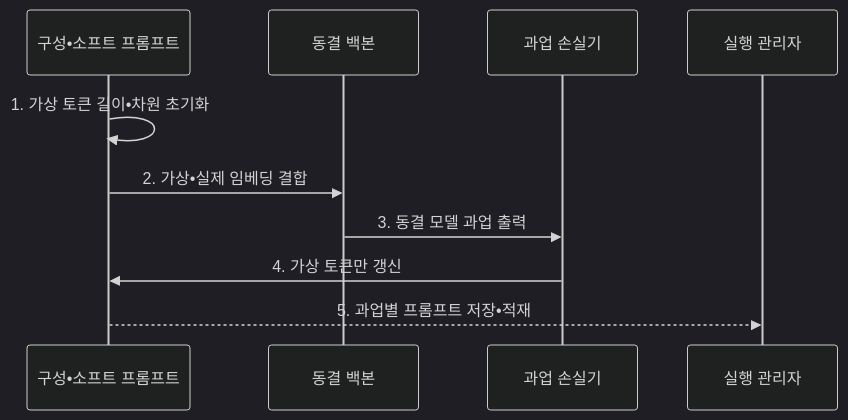
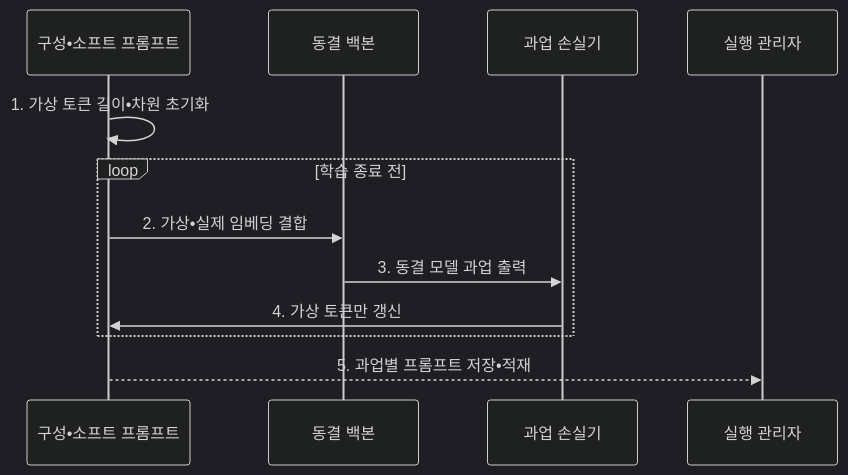
One commit to agnusdei1207/knowledge-base changed the second of 2 diagrams in src/content/docs/notes/08-latest-tech/064_prompt_tuning.md. Above: the diagram before and after it, drawn with Mermaid (dark theme). The commit also changed other lines of this file and 17 other files, not shown here.

````diff
--- a/src/content/docs/notes/08-latest-tech/064_prompt_tuning.md
+++ b/src/content/docs/notes/08-latest-tech/064_prompt_tuning.md
@@ -101,12 +101,14 @@
 ```mermaid
 sequenceDiagram
     participant P as 구성•소프트 프롬프트
     participant B as 동결 백본
     participant L as 과업 손실기
     participant R as 실행 관리자
     P->>P: 1. 가상 토큰 길이•차원 초기화
-    P->>B: 2. 가상•실제 임베딩 결합
-    B->>L: 3. 동결 모델 과업 출력
-    L->>P: 4. 가상 토큰만 갱신
+    loop 학습 종료 전
+        P->>B: 2. 가상•실제 임베딩 결합
+        B->>L: 3. 동결 모델 과업 출력
+        L->>P: 4. 가상 토큰만 갱신
+    end
     P-->>R: 5. 과업별 프롬프트 저장•적재
 ```
````
